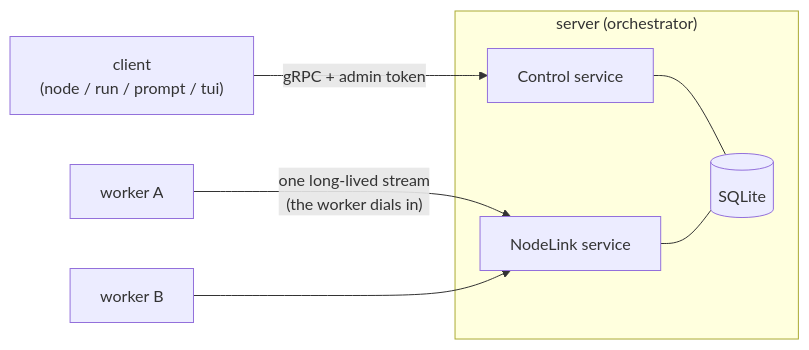
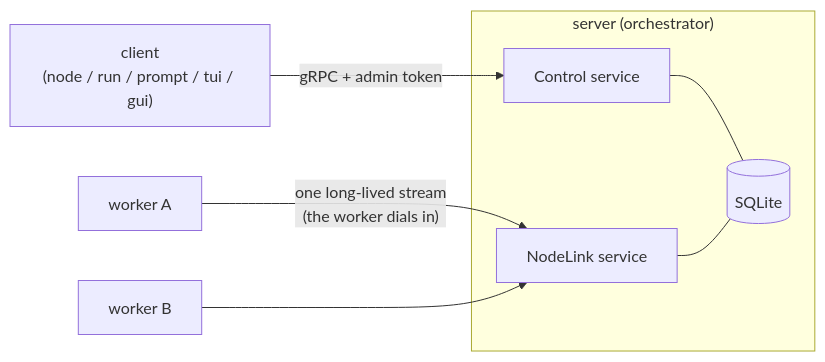
One commit to EwenSellitto/Commandant changed the first of 3 diagrams in docs/architecture.md. Above: the diagram before and after it, drawn with Mermaid. The commit also changed 4 other files, not shown here.

````diff
--- a/docs/architecture.md
+++ b/docs/architecture.md
@@ -7,17 +7,17 @@
 ```mermaid
 flowchart LR
-    CLI["client<br/>(node / run / prompt / tui)"]
+    CLI["client<br/>(node / run / prompt / tui / gui)"]
     subgraph orch["server (orchestrator)"]
         CTRL["Control service"]
         LINK["NodeLink service"]
         DB[("SQLite")]
     end
     W1["worker A"]
     W2["worker B"]
 
     CLI -- "gRPC + admin token" --> CTRL
     W1 -- "one long-lived stream<br/>(the worker dials in)" --> LINK
     W2 --> LINK
     CTRL --- DB
     LINK --- DB
 ```
````
